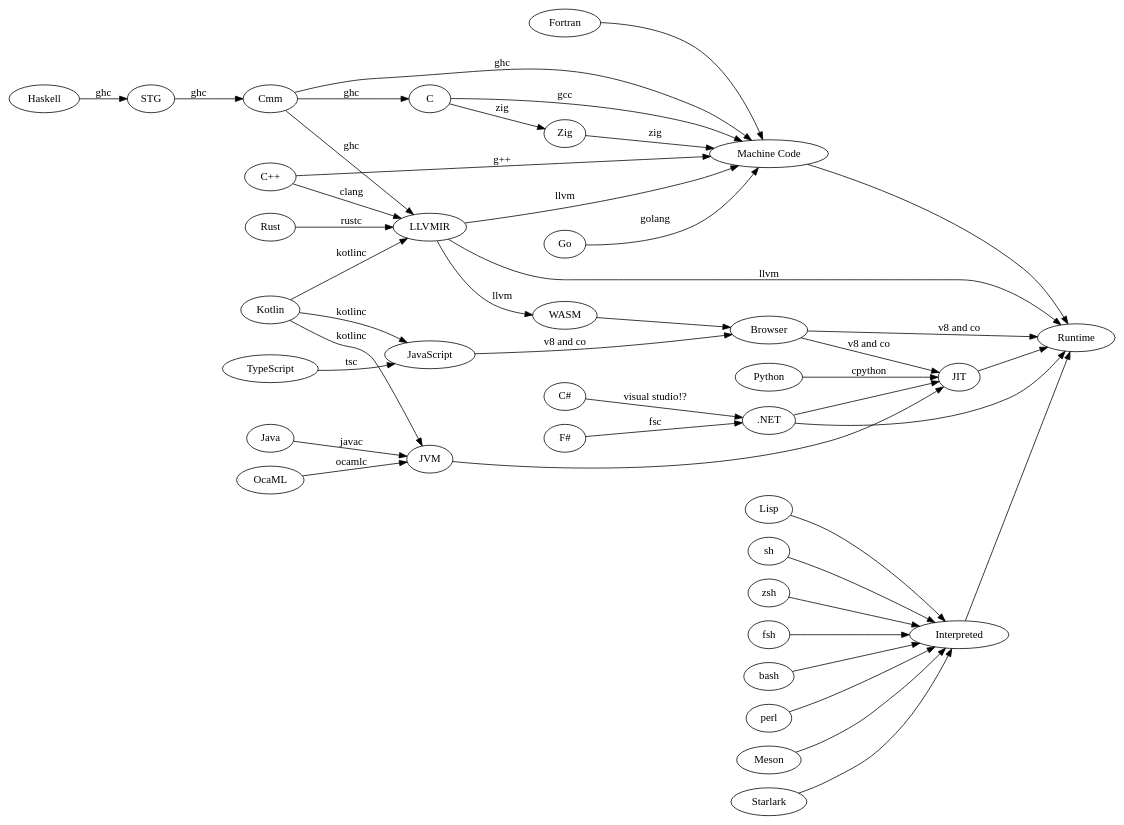
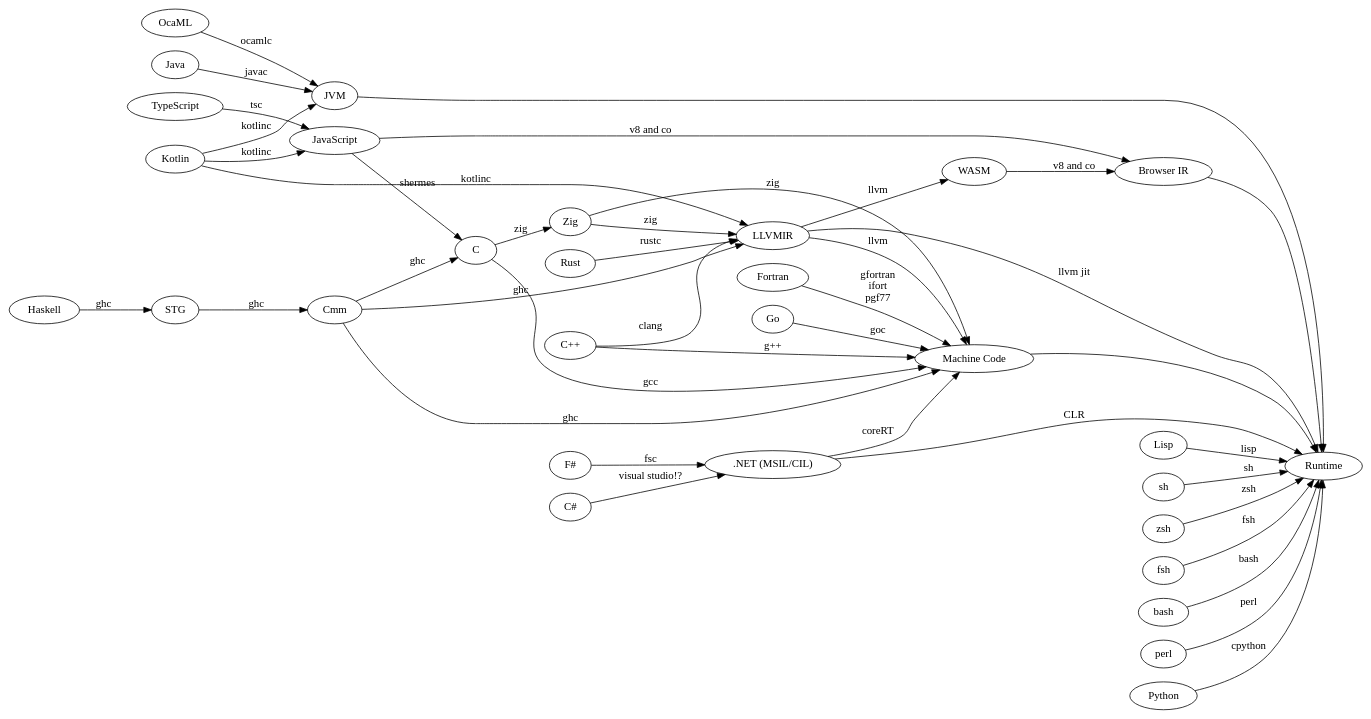
One commit to Cypher1/cypher1.github.io changed the second of 2 diagrams in src/posts/2023-04-20-lambda-calc.md. Above: the diagram before and after it, drawn with Graphviz.

Commit message:
Add more programming languages and compilers

````diff
--- a/src/posts/2023-04-20-lambda-calc.md
+++ b/src/posts/2023-04-20-lambda-calc.md
@@ -104,57 +104,55 @@
 ```dot process Languages by runtime
 digraph {
     rankdir="LR";
 
     MC [label="Machine Code"]
     Fsharp [label="F#"]
     Cpp [label="C++"]
     Csharp [label="C#"]
-    dotNET [label=".NET"]
+    dotNET [label=".NET (MSIL/CIL)"]
 
-    JIT -> Runtime
-    JVM -> JIT
-    dotNET -> Runtime
-    dotNET -> JIT
+    # JITs
+    "Browser IR" -> Runtime
+    JVM -> Runtime
+    dotNET -> Runtime [label="CLR"]
+    dotNET -> MC [label="coreRT"]
+    LLVMIR -> Runtime [label="llvm jit"]
+    LLVMIR -> MC [label="llvm"]
+    LLVMIR -> WASM [label="llvm"]
     MC -> Runtime
-    LLVMIR -> Runtime [label="llvm"]
-    Browser -> Runtime [label="v8 and co"]
-    Interpreted -> Runtime
 
     Java -> JVM [label="javac"]
     Kotlin -> JVM [label="kotlinc"]
     OcaML -> JVM [label="ocamlc"]
 
     Csharp -> dotNET [label="visual studio!?"]
     Fsharp -> dotNET [label="fsc"]
 
     C -> MC [label="gcc"]
     Cpp -> MC [label="g++"]
-    Go -> MC [label="golang"]
-    Fortran -> MC
+    Go -> MC [label="goc"]
+    Fortran -> MC [label="gfortran\nifort\npgf77"]
     Kotlin -> LLVMIR [label="kotlinc"]
     C -> Zig [label="zig"]
     Zig -> MC [label="zig"]
+    Zig -> LLVMIR [label="zig"]
     Cpp -> LLVMIR [label="clang"]
     Rust -> LLVMIR [label="rustc"]
-    LLVMIR -> MC [label="llvm"]
-    LLVMIR -> WASM [label="llvm"]
     Haskell -> STG -> Cmm [label="ghc"]
     Cmm -> MC [label="ghc"]
     Cmm -> LLVMIR [label="ghc"]
     Cmm -> C [label="ghc"]
-    JavaScript -> Browser [label="v8 and co"]
-    Browser -> JIT [label="v8 and co"]
+    JavaScript -> "Browser IR" [label="v8 and co"]
+    JavaScript -> C [label="shermes"]
     TypeScript -> JavaScript [label="tsc"]
     Kotlin -> JavaScript [label="kotlinc"]
-    WASM -> Browser
-    Lisp -> Interpreted
-    sh -> Interpreted
-    zsh -> Interpreted
-    fsh -> Interpreted
-    bash -> Interpreted
-    perl -> Interpreted
-    Python -> JIT [label="cpython"]
-    Meson -> Interpreted
-    Starlark -> Interpreted
+    WASM -> "Browser IR" [label="v8 and co"]
+    Lisp -> Runtime [label="lisp"]
+    sh -> Runtime [label="sh"]
+    zsh -> Runtime [label="zsh"]
+    fsh -> Runtime [label="fsh"]
+    bash -> Runtime [label="bash"]
+    perl -> Runtime [label="perl"]
+    Python -> Runtime [label="cpython"]
 }
 ```
````
